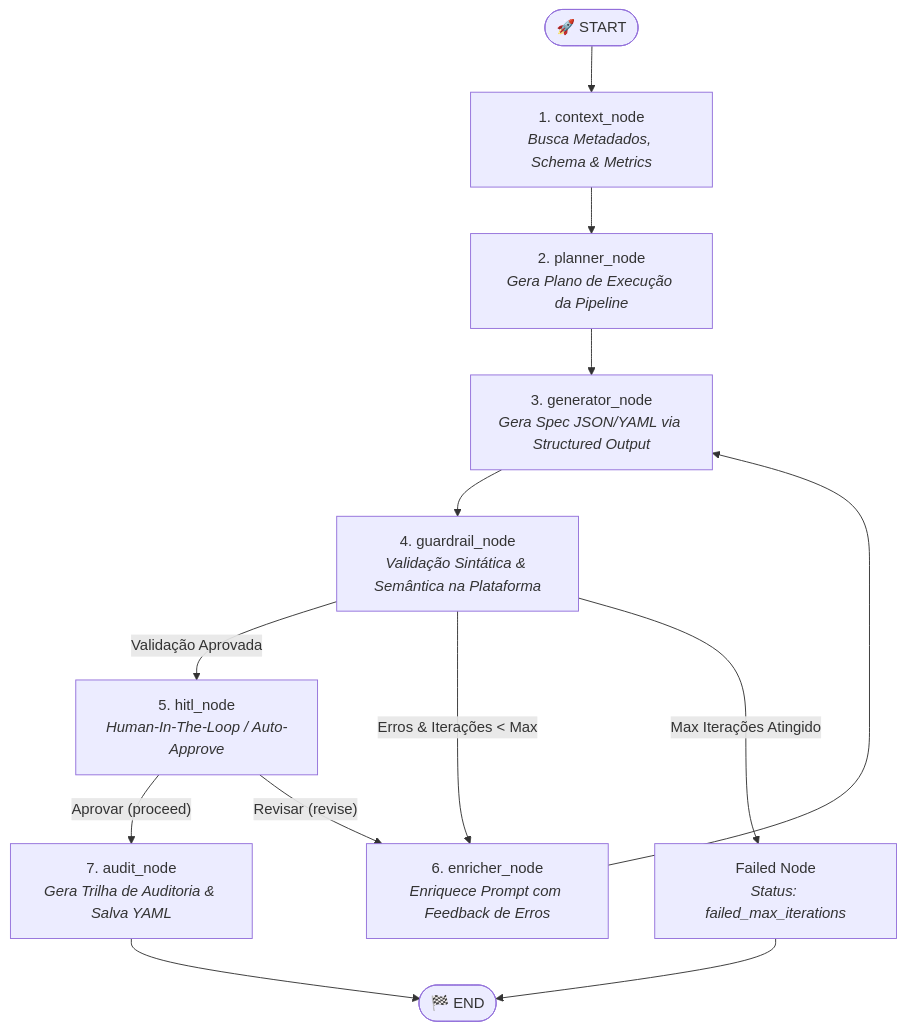
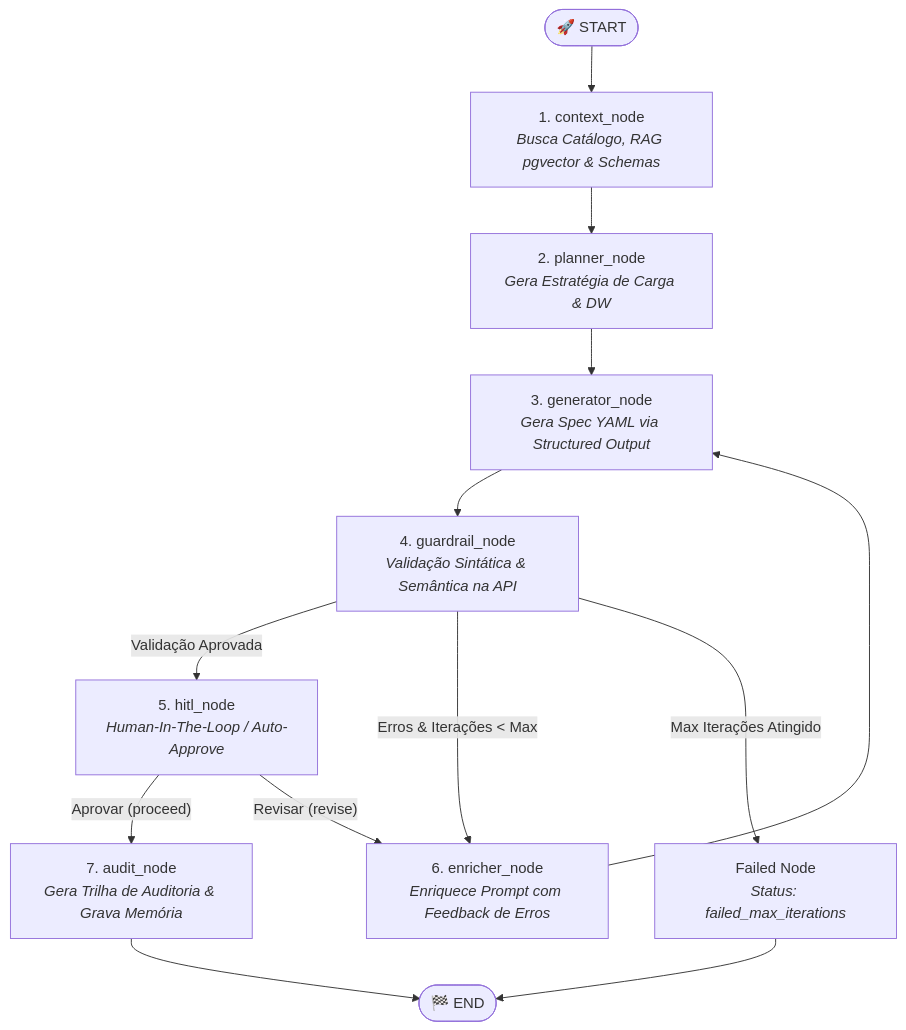
The diagram in README.md (Melo-Anderson/pipeline-harness-ai), drawn with Mermaid before and after one commit. The commit also changed other lines of this file and 1 other file, not shown here.

Commit message:
docs: update README with architectural reflection and add RAG/MCP specification

````diff
--- a/README.md
+++ b/README.md
@@ -27,19 +31,19 @@
 ```mermaid
 graph TD
-    __start__([🚀 START]) --> context_node[1. context_node<br/><i>Busca Metadados, Schema & Metrics</i>]
-    context_node --> planner_node[2. planner_node<br/><i>Gera Plano de Execução da Pipeline</i>]
-    planner_node --> generator_node[3. generator_node<br/><i>Gera Spec JSON/YAML via Structured Output</i>]
-    generator_node --> guardrail_node[4. guardrail_node<br/><i>Validação Sintática & Semântica na Plataforma</i>]
+    __start__([🚀 START]) --> context_node[1. context_node<br/><i>Busca Catálogo, RAG pgvector & Schemas</i>]
+    context_node --> planner_node[2. planner_node<br/><i>Gera Estratégia de Carga & DW</i>]
+    planner_node --> generator_node[3. generator_node<br/><i>Gera Spec YAML via Structured Output</i>]
+    generator_node --> guardrail_node[4. guardrail_node<br/><i>Validação Sintática & Semântica na API</i>]
     
     guardrail_node -- Validação Aprovada --> hitl_node[5. hitl_node<br/><i>Human-In-The-Loop / Auto-Approve</i>]
     guardrail_node -- Erros & Iterações < Max --> enricher_node[6. enricher_node<br/><i>Enriquece Prompt com Feedback de Erros</i>]
     guardrail_node -- Max Iterações Atingido --> failed_node[Failed Node<br/><i>Status: failed_max_iterations</i>]
     
     enricher_node --> generator_node
     
-    hitl_node -- Aprovar (proceed) --> audit_node[7. audit_node<br/><i>Gera Trilha de Auditoria & Salva YAML</i>]
+    hitl_node -- Aprovar (proceed) --> audit_node[7. audit_node<br/><i>Gera Trilha de Auditoria & Grava Memória</i>]
     hitl_node -- Revisar (revise) --> enricher_node
     
     audit_node --> __end__([🏁 END])
     failed_node --> __end__
 ```
````
